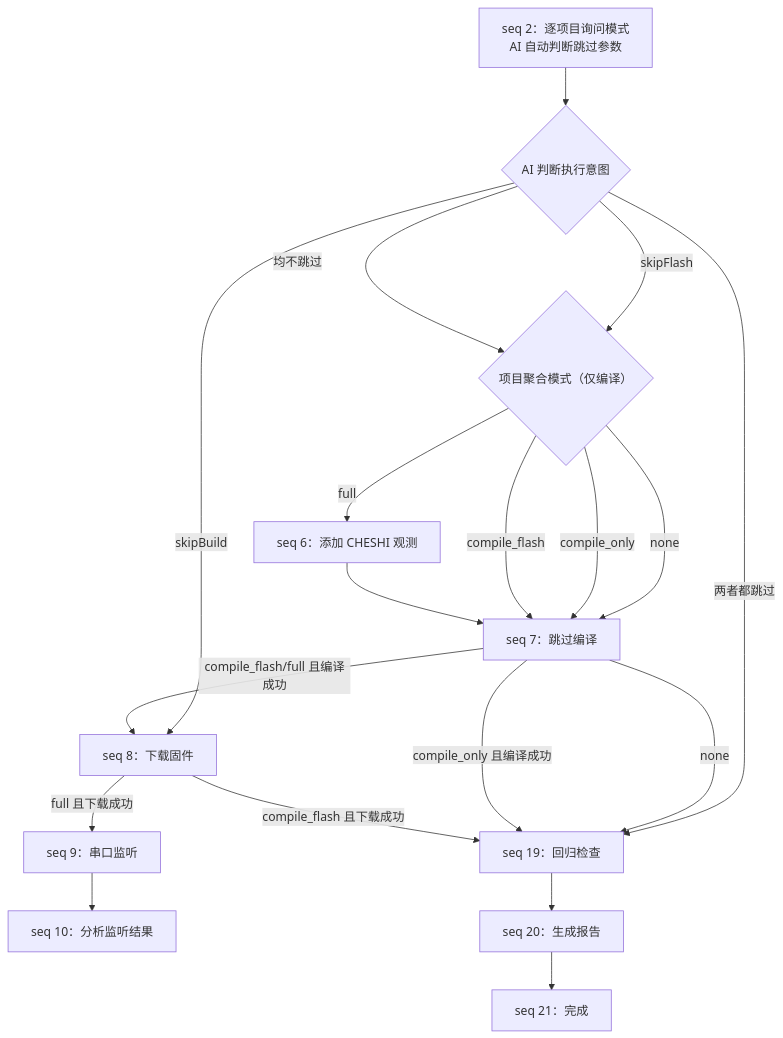
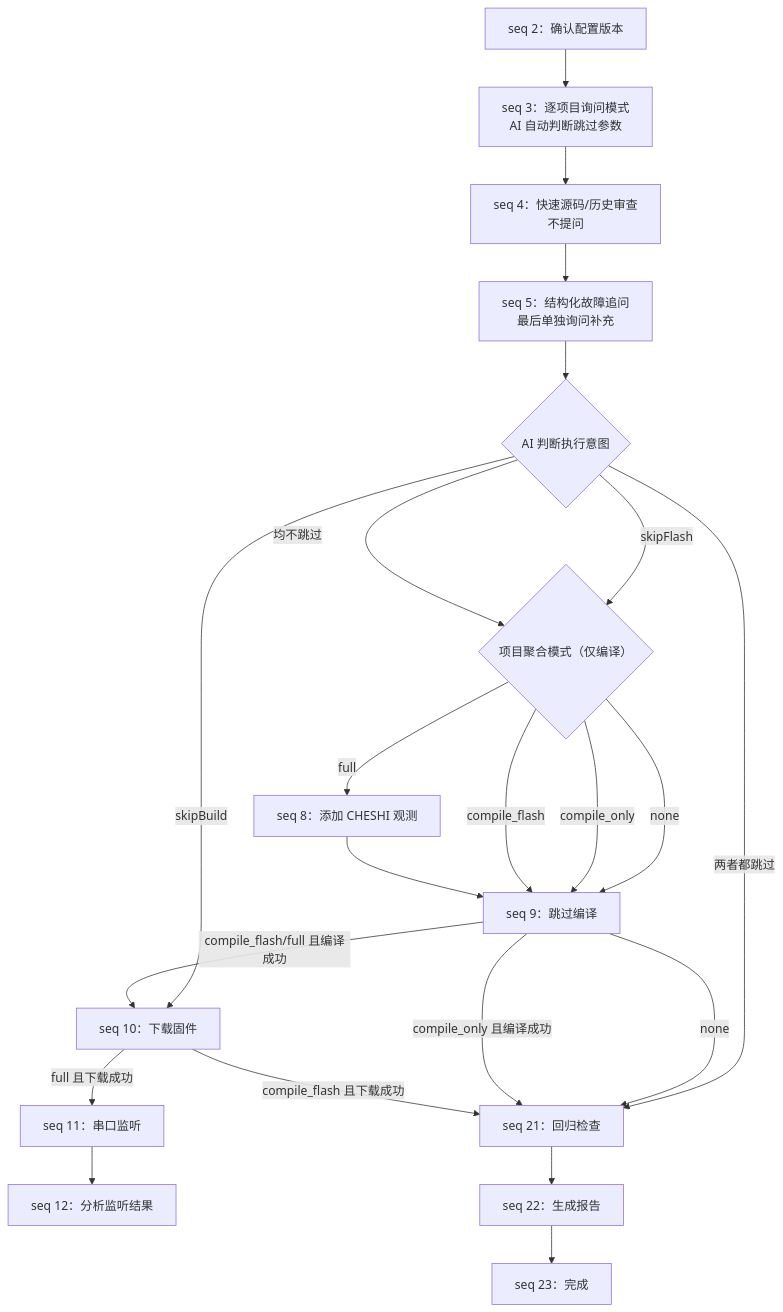
The second of 3 diagrams in refs/workflow-diagram.md (kzl31/embedded-debug-workflow), drawn with Mermaid before and after one commit. The commit also changed other lines of this file and 5 other files, not shown here.

````diff
--- a/refs/workflow-diagram.md
+++ b/refs/workflow-diagram.md
@@ -42,23 +42,26 @@
 ```mermaid
 flowchart TD
-    S2["seq 2：逐项目询问模式<br/>AI 自动判断跳过参数"] --> Skip{"AI 判断执行意图"}
-    Skip -->|两者都跳过| R19["seq 19：回归检查"]
-    Skip -->|skipBuild| D8["seq 8：直接下载已有固件"]
+    S2["seq 2：确认配置版本"] --> S3["seq 3：逐项目询问模式<br/>AI 自动判断跳过参数"]
+    S3 --> S4["seq 4：快速源码/历史审查<br/>不提问"]
+    S4 --> S5["seq 5：结构化故障追问<br/>最后单独询问补充"]
+    S5 --> Skip{"AI 判断执行意图"}
+    Skip -->|两者都跳过| R21["seq 21：回归检查"]
+    Skip -->|skipBuild| D10["seq 10：直接下载已有固件"]
     Skip -->|skipFlash| Mode{"项目聚合模式（仅编译）"}
     Skip -->|均不跳过| Mode
-    Mode -->|none| D7["seq 7：跳过编译"]
-    Mode -->|compile_only| D7
-    Mode -->|compile_flash| D7
-    Mode -->|full| D6["seq 6：添加 CHESHI 观测"]
-    D6 --> D7
+    Mode -->|none| D9["seq 9：跳过编译"]
+    Mode -->|compile_only| D9
+    Mode -->|compile_flash| D9
+    Mode -->|full| D8["seq 8：添加 CHESHI 观测"]
+    D8 --> D9
 
-    D7 -->|none| R19["seq 19：回归检查"]
-    D7 -->|compile_only 且编译成功| R19
-    D7 -->|compile_flash/full 且编译成功| D8["seq 8：下载固件"]
-    D8 -->|compile_flash 且下载成功| R19
-    D8 -->|full 且下载成功| D9["seq 9：串口监听"]
-    D9 --> D10["seq 10：分析监听结果"]
+    D9 -->|none| R21["seq 21：回归检查"]
+    D9 -->|compile_only 且编译成功| R21
+    D9 -->|compile_flash/full 且编译成功| D10["seq 10：下载固件"]
+    D10 -->|compile_flash 且下载成功| R21
+    D10 -->|full 且下载成功| D11["seq 11：串口监听"]
+    D11 --> D12["seq 12：分析监听结果"]
 
-    R19 --> R20["seq 20：生成报告"]
-    R20 --> R21["seq 21：完成"]
+    R21 --> R22["seq 22：生成报告"]
+    R22 --> R23["seq 23：完成"]
 ```
````
